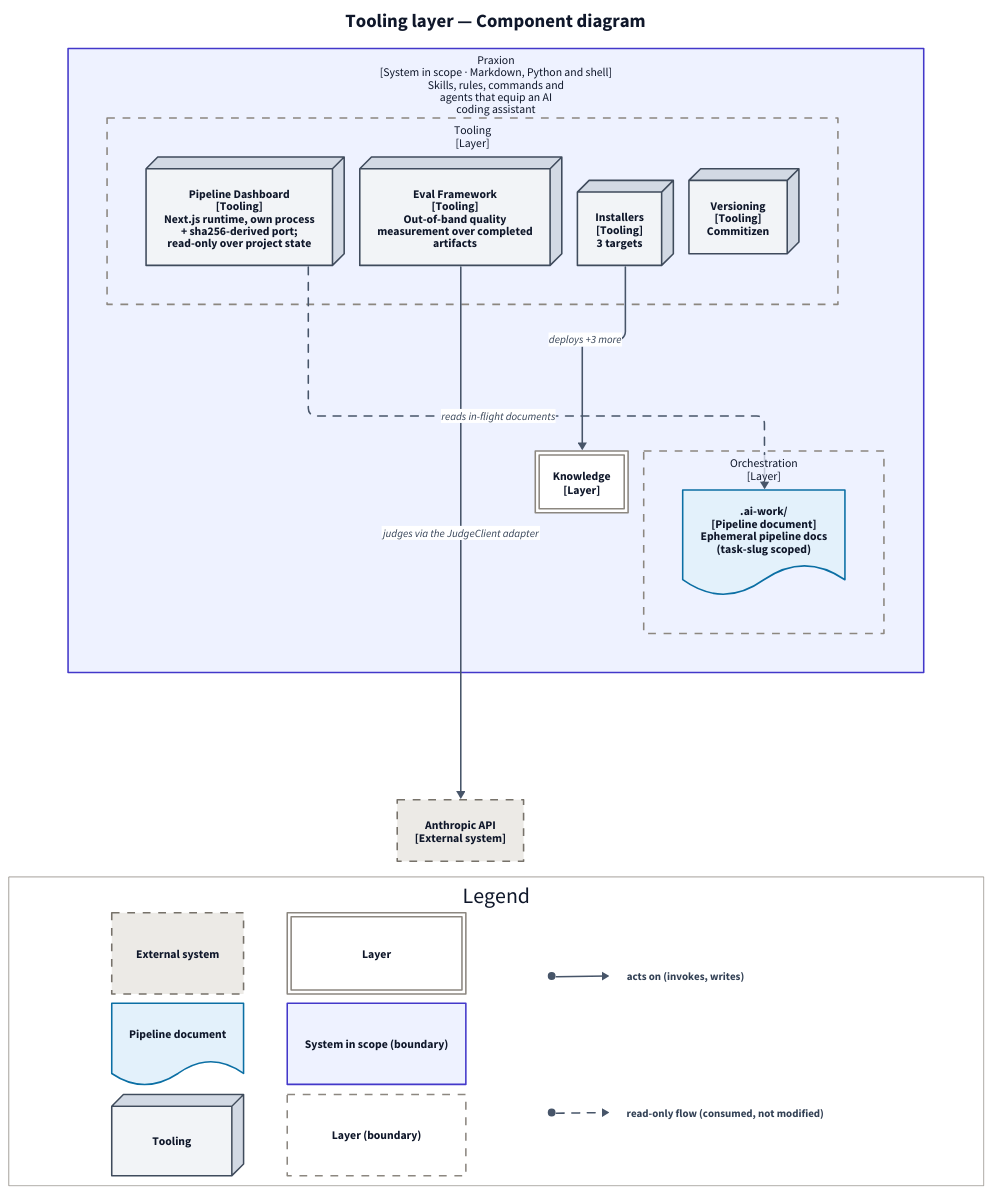
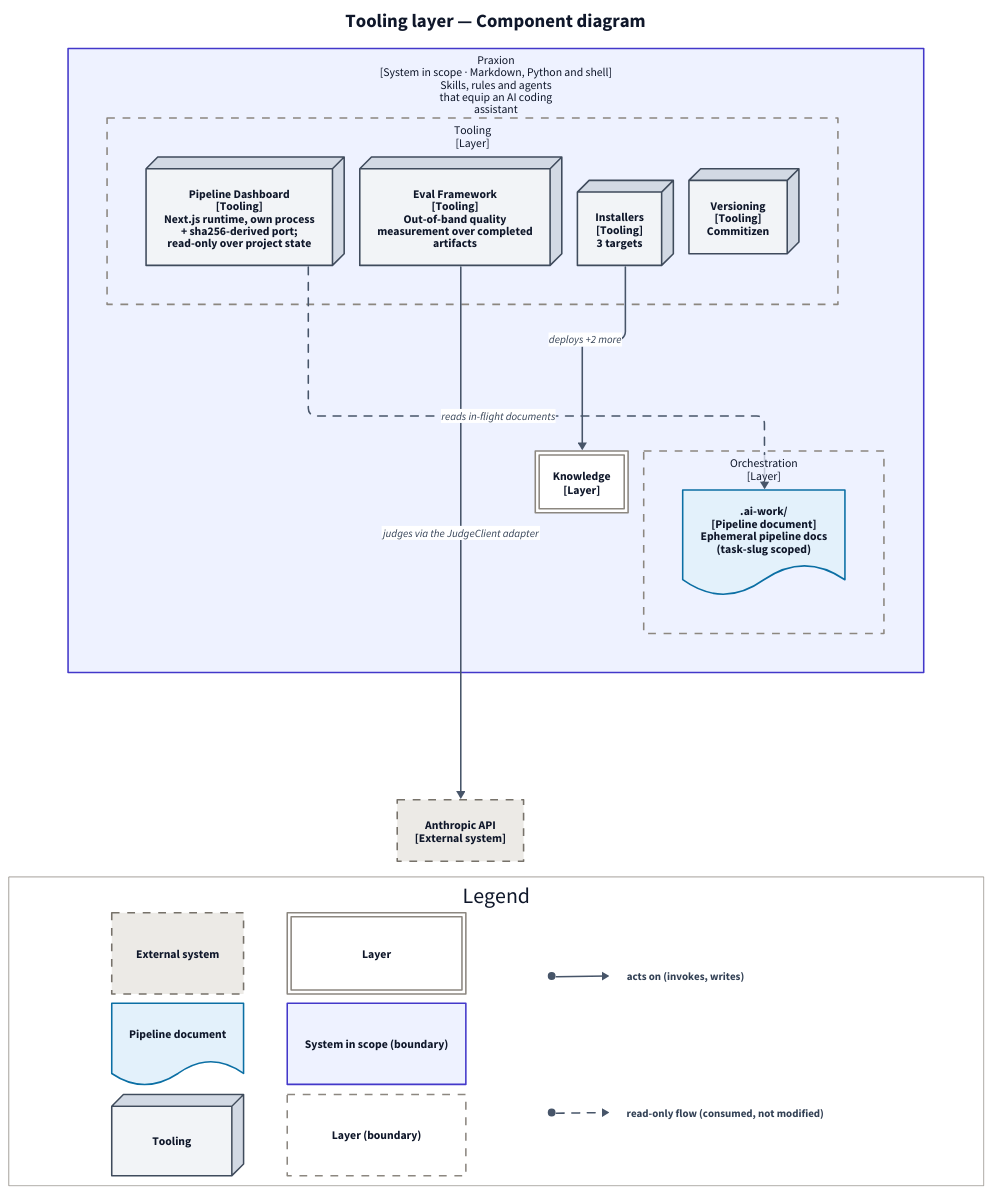
One commit to francisco-perez-sorrosal/praxion changed the diagram in docs/diagrams/architecture/rendered/tooling_components.d2. Above: the diagram before and after it, drawn with D2. The commit also changed 23 other files, not shown here.

First line of the commit message:
Remove the commands element from the architecture model, the design document and the developer guide

```diff
--- a/docs/diagrams/architecture/rendered/tooling_components.d2
+++ b/docs/diagrams/architecture/rendered/tooling_components.d2
@@ -110,7 +110,7 @@
   class: category_external_system
 }
 "el_praxion": {
-  label: "Praxion\n[System in scope · Markdown, Python and shell]\nSkills, rules, commands and\nagents that equip an AI\ncoding assistant"
+  label: "Praxion\n[System in scope · Markdown, Python and shell]\nSkills, rules and agents\nthat equip an AI coding\nassistant"
   class: category_system_in_scope_frame
   "el_praxion.knowledge": {
     label: "Knowledge\n[Layer]"
@@ -245,4 +245,4 @@
 }
 "el_praxion"."el_praxion.tooling"."el_praxion.tooling.dashboard" -> "el_praxion"."el_praxion.orchestration"."el_praxion.orchestration.aiwork": "reads in-flight documents" {class: line_read_only}
 "el_praxion"."el_praxion.tooling"."el_praxion.tooling.evals" -> "el_anthropic_api": "judges via the JudgeClient adapter" {class: line_acts_on}
-"el_praxion"."el_praxion.tooling"."el_praxion.tooling.installers" -> "el_praxion"."el_praxion.knowledge": "deploys +3 more" {class: line_acts_on}
+"el_praxion"."el_praxion.tooling"."el_praxion.tooling.installers" -> "el_praxion"."el_praxion.knowledge": "deploys +2 more" {class: line_acts_on}
```
